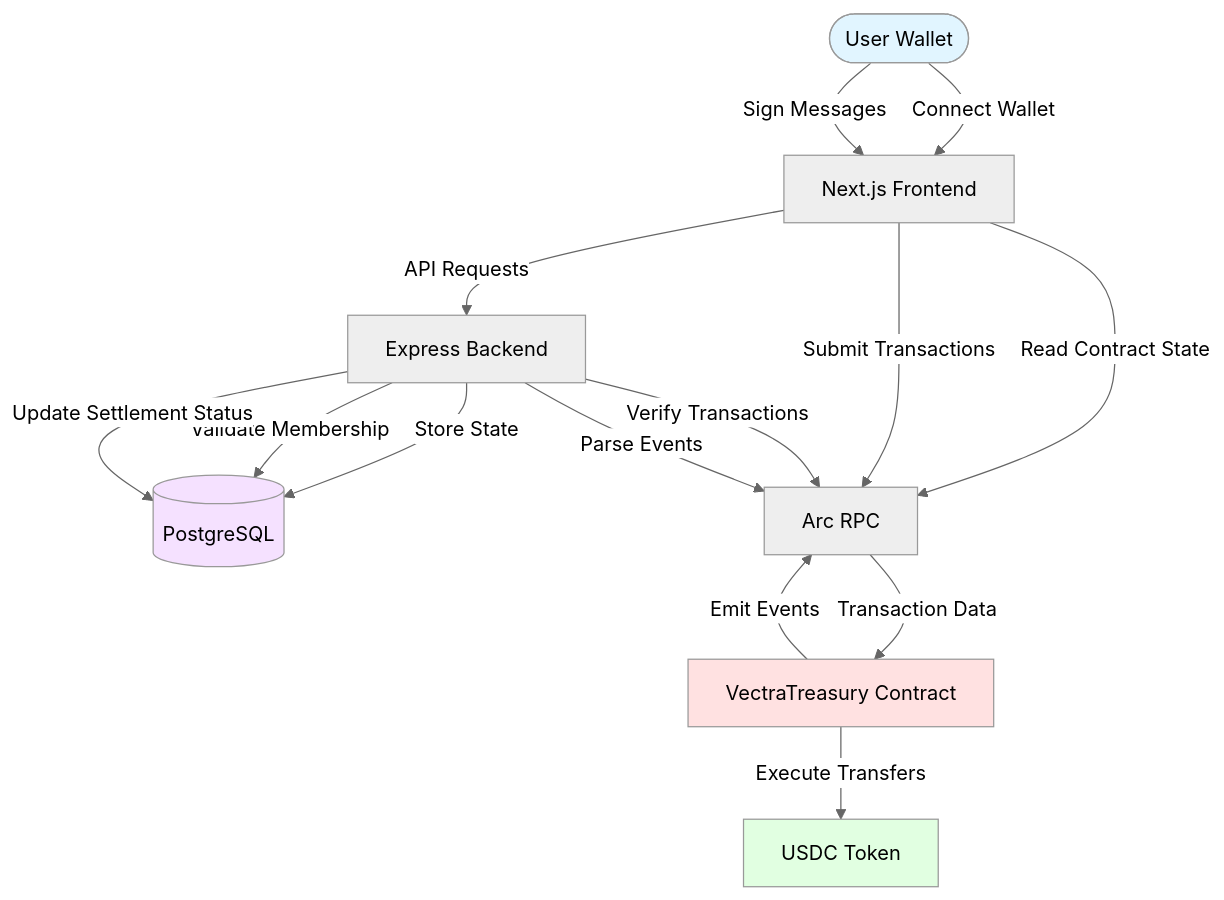
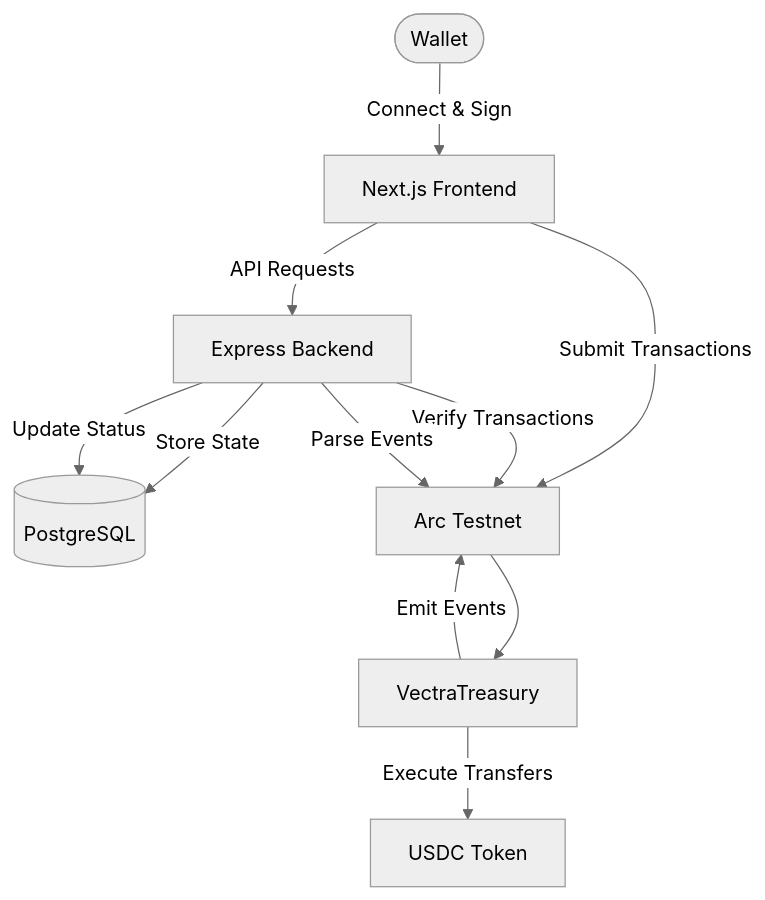
One commit to Pixie-19/Vectra changed the first of 2 diagrams in README.md. Above: the diagram before and after it, drawn with Mermaid (neutral theme). The commit also changed other lines of this file and 1 other file, not shown here.

````diff
--- a/README.md
+++ b/README.md
@@ -159,33 +52,24 @@
 ```mermaid
 flowchart TB
-    User([User Wallet])
+    User([Wallet])
     Frontend[Next.js Frontend]
     Backend[Express Backend]
     Database[(PostgreSQL)]
-    Arc[Arc RPC]
-    Contract[VectraTreasury Contract]
+    Arc[Arc Testnet]
+    Contract[VectraTreasury]
     USDC[USDC Token]
     
-    User -->|Connect Wallet| Frontend
-    User -->|Sign Messages| Frontend
-    
+    User -->|Connect & Sign| Frontend
     Frontend -->|API Requests| Backend
-    Frontend -->|Read Contract State| Arc
     Frontend -->|Submit Transactions| Arc
     
     Backend -->|Store State| Database
     Backend -->|Verify Transactions| Arc
-    Backend -->|Validate Membership| Database
     
-    Arc -->|Transaction Data| Contract
+    Arc --> Contract
     Contract -->|Execute Transfers| USDC
     Contract -->|Emit Events| Arc
     
     Backend -->|Parse Events| Arc
-    Backend -->|Update Settlement Status| Database
-    
-    style User fill:#e1f5ff
-    style Contract fill:#ffe1e1
-    style USDC fill:#e1ffe1
-    style Database fill:#f5e1ff
+    Backend -->|Update Status| Database
 ```
````
